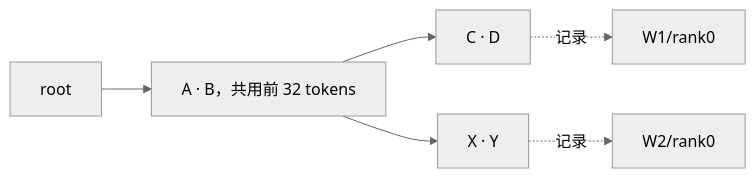
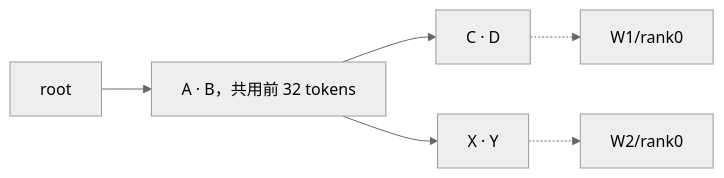
The third of 9 diagrams in docs/unified-kv-index.md (vllm-project/router), drawn with Mermaid (neutral theme) before and after one commit. The commit also changed other lines of this file, not shown here.

Commit message:
docs: support older Mermaid renderers

````diff
--- a/docs/unified-kv-index.md
+++ b/docs/unified-kv-index.md
@@ -199,8 +199,8 @@
 ```mermaid
 flowchart LR
-  R[root] --> AB[A · B，共用前 32 tokens]
-  AB --> CD[C · D]
-  AB --> XY[X · Y]
-  CD -.记录.-> W1[W1/rank0]
-  XY -.记录.-> W2[W2/rank0]
+  R["root"] --> AB["A · B，共用前 32 tokens"]
+  AB --> CD["C · D"]
+  AB --> XY["X · Y"]
+  CD -.-> W1["W1/rank0"]
+  XY -.-> W2["W2/rank0"]
 ```
````
